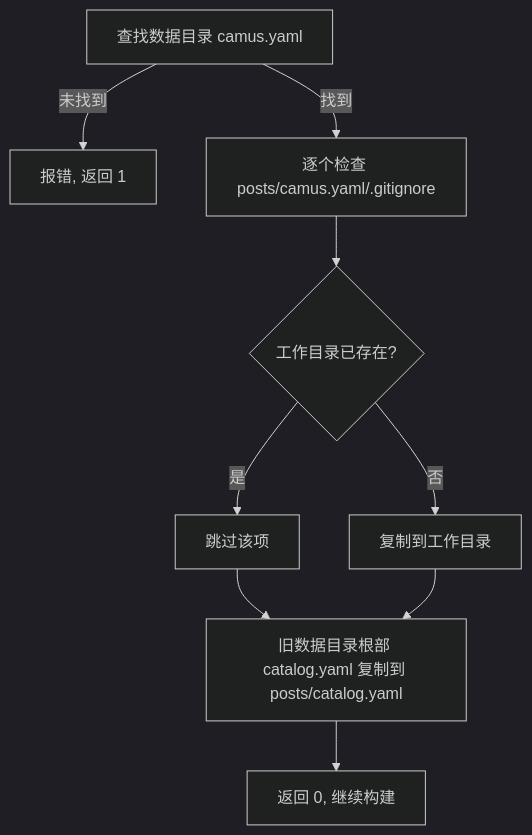
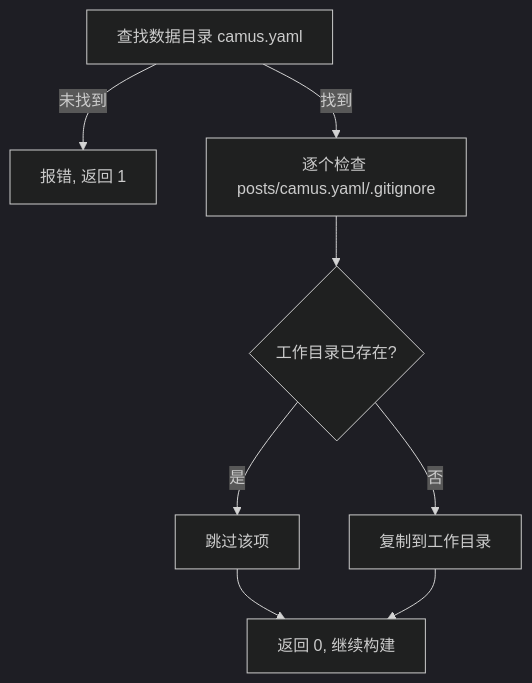
The first of 2 diagrams in docs/prd/08-template-install.md (o8x/camus), drawn with Mermaid (dark theme) before and after one commit. The commit also changed other lines of this file and 20 other files, not shown here.

````diff
--- a/docs/prd/08-template-install.md
+++ b/docs/prd/08-template-install.md
@@ -48,11 +48,10 @@
 ```mermaid
 flowchart TD
     A[查找数据目录 camus.yaml] -->|未找到| X[报错, 返回 1]
     A -->|找到| B[逐个检查 posts/camus.yaml/.gitignore]
     B --> C{工作目录已存在?}
     C -->|是| S[跳过该项]
     C -->|否| D[复制到工作目录]
-    S --> L[旧数据目录根部 catalog.yaml 复制到 posts/catalog.yaml]
-    D --> L
-    L --> OK[返回 0, 继续构建]
+    S --> OK[返回 0, 继续构建]
+    D --> OK
 ```
````
